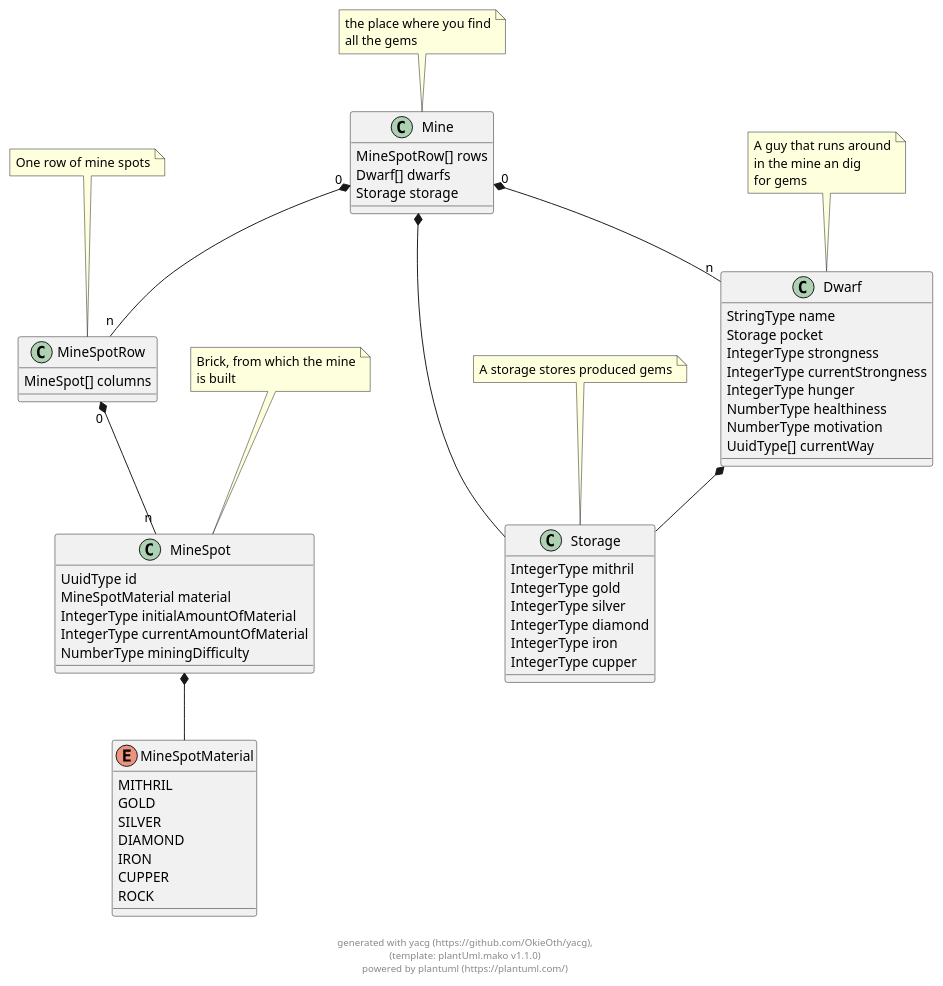
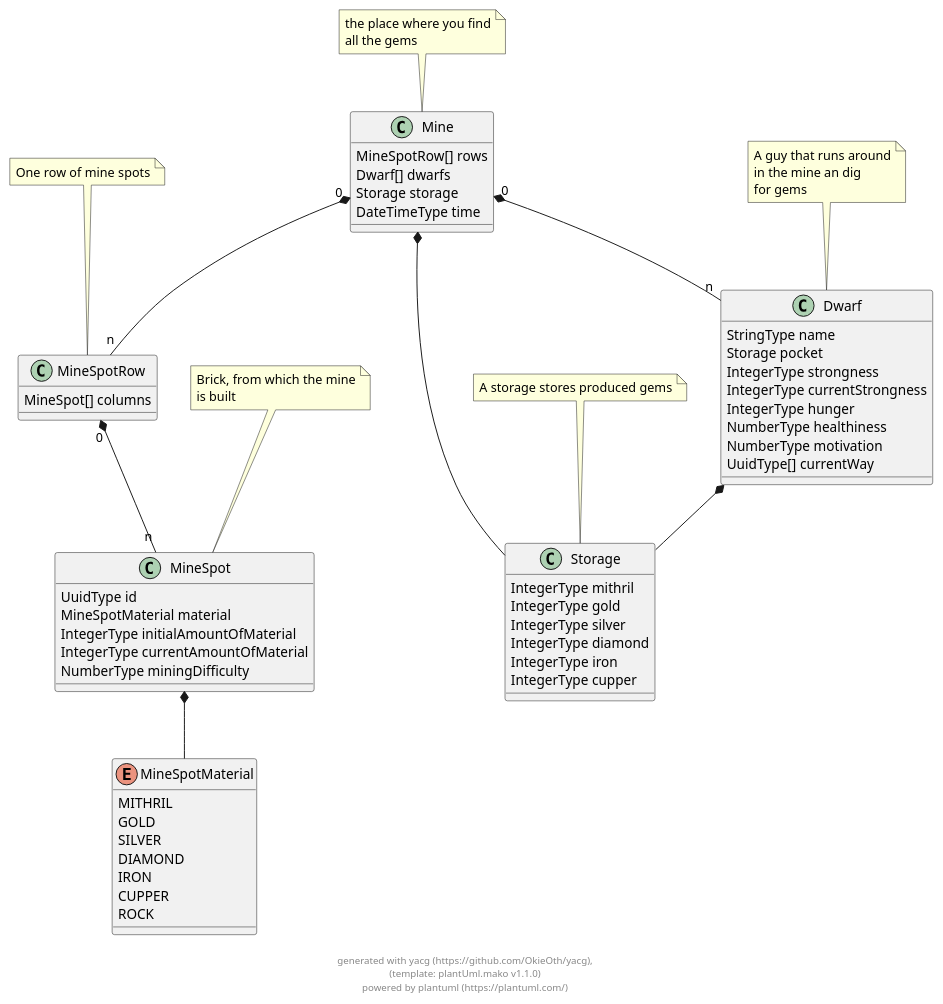
The diagram in docs/generated/nibelheim.puml (OkieOth/nibelheim_ts), drawn with PlantUML before and after one commit. The commit also changed 10 other files, not shown here.

```diff
--- a/docs/generated/nibelheim.puml
+++ b/docs/generated/nibelheim.puml
@@ -2,83 +2,84 @@
 @startuml
 
 class Mine {
         MineSpotRow[] rows 
         Dwarf[] dwarfs 
         Storage storage 
+        DateTimeType time 
 }
 
 note top: the place where you find\nall the gems
 
 class MineSpotRow {
         MineSpot[] columns 
 }
 
 note top: One row of mine spots
 
 class Dwarf {
         StringType name 
         Storage pocket 
         IntegerType strongness 
         IntegerType currentStrongness 
         IntegerType hunger 
         NumberType healthiness 
         NumberType motivation 
         UuidType[] currentWay 
 }
 
 note top: A guy that runs around\nin the mine an dig\nfor gems
 
 class Storage {
         IntegerType mithril 
         IntegerType gold 
         IntegerType silver 
         IntegerType diamond 
         IntegerType iron 
         IntegerType cupper 
 }
 
 note top: A storage stores produced gems
 
 enum MineSpotMaterial {
     MITHRIL
     GOLD
     SILVER
     DIAMOND
     IRON
     CUPPER
     ROCK
 }
 
 
 class MineSpot {
         UuidType id 
         MineSpotMaterial material 
         IntegerType initialAmountOfMaterial 
         IntegerType currentAmountOfMaterial 
         NumberType miningDifficulty 
 }
 
 note top: Brick, from which the mine\nis built
 
 
     
 Mine "0" *-- "n" MineSpotRow        
             
 Mine "0" *-- "n" Dwarf        
             
 Mine  *--  Storage        
             
     
 MineSpotRow "0" *-- "n" MineSpot        
             
     
 Dwarf  *--  Storage        
             
     
     
     
 MineSpot  *--  MineSpotMaterial        
             
 
 footer \ngenerated with yacg (https://github.com/OkieOth/yacg),\n(template: plantUml.mako v1.1.0)\npowered by plantuml (https://plantuml.com/)
 @enduml
```
